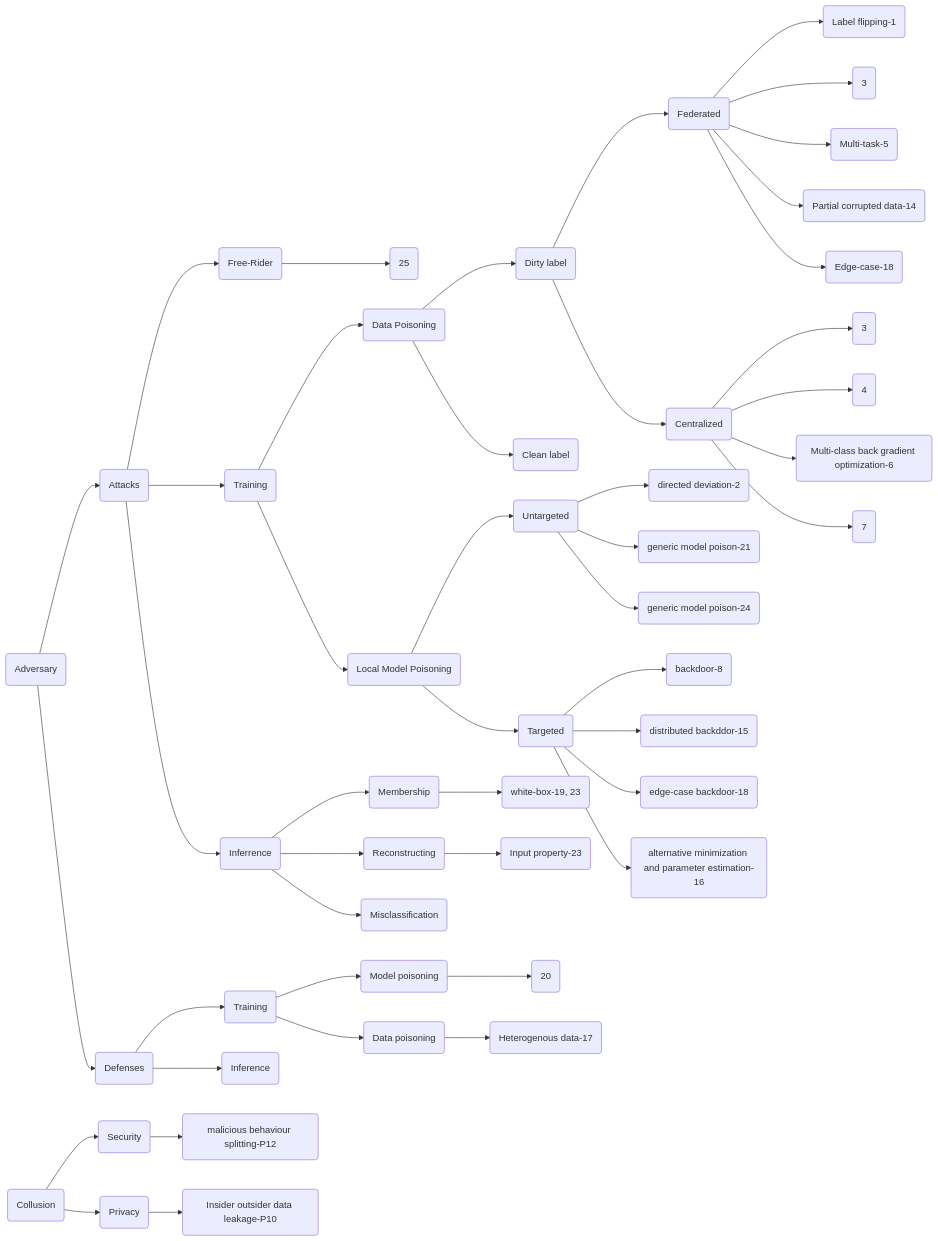
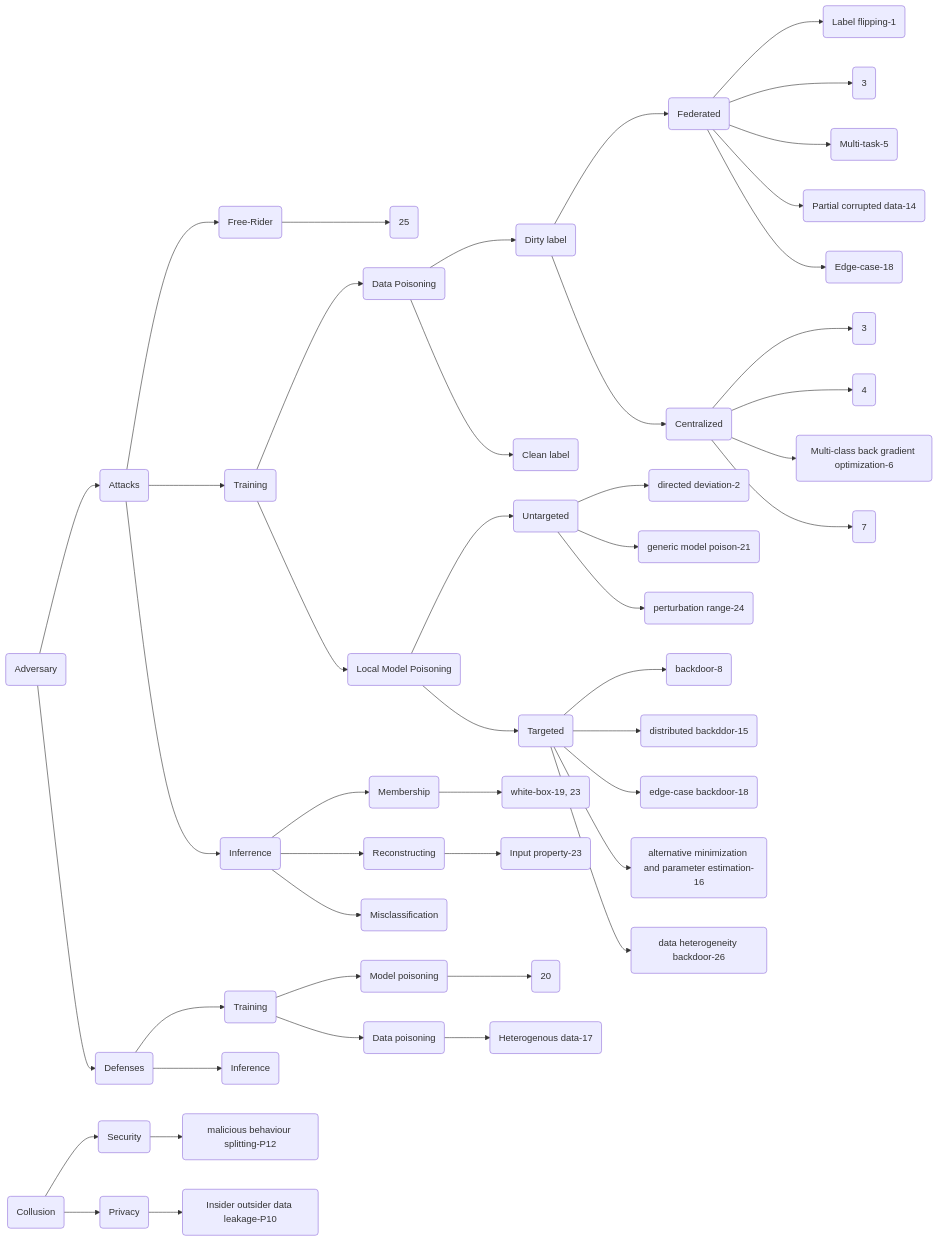
One commit to GillHuang-Xtler/flPapers changed the diagram in poison.md. Above: the diagram before and after it, drawn with Mermaid. The commit also changed 2 other files, not shown here.

````diff
--- a/poison.md
+++ b/poison.md
@@ -224,50 +224,51 @@
 ```mermaid
 graph LR
 Z(Adversary)-->Z1(Attacks)
 Z-->Z2(Defenses)
 Z1-->A1(Training)
 Z1-->A2(Inferrence)
 Z1-->A3(Free-Rider)
 A3-->B6(25)
 A1-->B1(Data Poisoning)
 B1-->M1(Dirty label)
 B1-->M2(Clean label)
 A1-->B2(Local Model Poisoning)
 M1-->C1(Federated)
 M1-->C2(Centralized)
 B2-->N1(Targeted)
 B2-->N2(Untargeted)
 N2-->D1(directed deviation-2)
 N2-->D3(generic model poison-21)
-N2-->D7(generic model poison-24)
+N2-->D7(perturbation range-24)
 N1-->D2(backdoor-8)
 N1-->D4(distributed backddor-15)
 N1-->D6(edge-case backdoor-18)
 N1-->D5(alternative minimization and parameter estimation-16)
+N1-->D8(data heterogeneity backdoor-26)
 C1-->G1(Label flipping-1)
 C1-->G2(3)
 C1-->G3(Multi-task-5)
 C1-->G4(Partial corrupted data-14)
 C1-->G5(Edge-case-18)
 C2-->H1(3)
 C2-->H2(4)
 C2-->H3(Multi-class back gradient optimization-6)
 C2-->H4(7)
 A2-->B3(Membership)
 B3-->I1(white-box-19, 23)
 A2-->B4(Reconstructing)
 B4-->I2(Input property-23)
 A2-->B5(Misclassification)
 Z2-->B11(Training)
 Z2-->B12(Inference)
 B11-->C11(Model poisoning)
 B11-->C12(Data poisoning)
 C11-->D11(20)
 C12-->D12(Heterogenous data-17)
 
 O(Collusion) -->Q1(Security)
 Q1-->P1(malicious behaviour splitting-P12)
 O(Collusion) -->Q2(Privacy)
 Q2-->P2(Insider outsider data leakage-P10)
 
 ```
````
